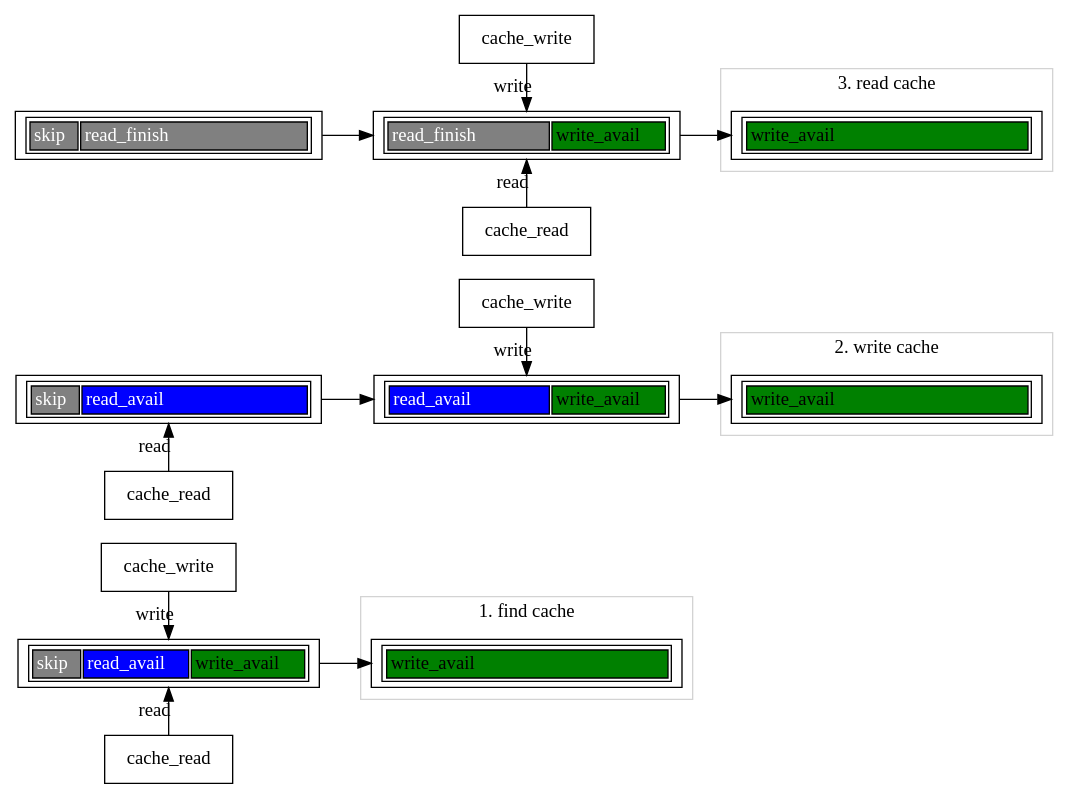
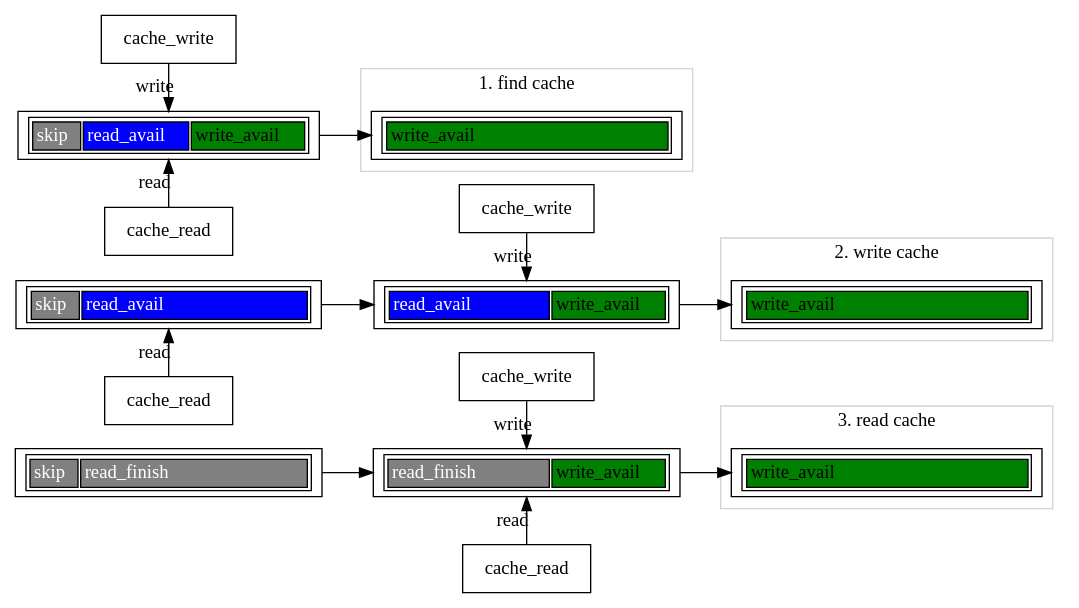
The diagram in iobufferblock.dot (adamxiao/adamxiao.github.io), drawn with Graphviz before and after one commit.

Commit message:
fix iobufferblock dot sequence

```diff
--- a/iobufferblock.dot
+++ b/iobufferblock.dot
@@ -1,125 +1,129 @@
 digraph iobufferblock {
 /* 把节点的默认形状设为矩形record，默认的是圆角矩形Mrecord */
 // FIXME: record rank=same failed
 //node [shape = record];
 node [shape = box];
 rankdir="LR"
+
+    struct6;
+    struct3;
+    struct1;
 
 
     subgraph ref_buf1 {
         rank="same";
         cache_write1 -> struct1 [label="write"];
         struct1 -> cache_read1 [label="read"; dir=back;];
     }
 
     subgraph cluster_1 {
         rankdir="TD"
         color=lightgrey;
         node [shape = record];
         struct1 -> struct2;
         // FIXME: test failed
         //cache_read1 -> struct1 -> cache_write1;
         //{rank=same; cache_read1; cache_write1; struct1; }
         label = "1. find cache";
     }
 
     subgraph read_buf2 {
         rank="same";
         struct3 -> cache_read2 [label="read"; dir=back;];
     }
 
     subgraph write_buf2 {
         rank="same";
         cache_write2 -> struct4 [label="write"];
     }
 
     subgraph cluster_2 {
         rankdir="TD"
         color=lightgrey;
         node [shape = record];
         struct3 -> struct4 -> struct5;
         label = "2. write cache";
     }
 
     subgraph {
         rank="same";
         cache_write3 -> struct7 [label="write"];
         struct7 -> cache_read3 [label="read"; dir=back;];
         cache_write2;
     }
 
     {rank=same; struct6;}
 
 
     subgraph cluster_3 {
         rankdir="TD"
         color=lightgrey;
         node [shape = record];
         struct6 -> struct7 -> struct8;
         label = "3. read cache";
     }
 
 
 struct1 [label=<<TABLE>
     <TR>
         <TD PORT="f1" BGCOLOR="gray"><FONT COLOR="white">skip</FONT></TD>
         <TD PORT="f2" BGCOLOR="blue"><FONT COLOR="white">read_avail</FONT></TD>
         <TD PORT="f3" BGCOLOR="green"><FONT COLOR="black">write_avail</FONT></TD>
     </TR>
     </TABLE>>];
 
 struct2 [label=<<TABLE>
     <TR>
         <TD PORT="f3" BGCOLOR="green"><FONT COLOR="black">write_avail                            </FONT></TD>
     </TR>
     </TABLE>>];
 
 struct3 [label=<<TABLE>
     <TR>
         <TD PORT="f1" BGCOLOR="gray"><FONT COLOR="white">skip</FONT></TD>
         <TD PORT="f2" BGCOLOR="blue"><FONT COLOR="white">read_avail                    </FONT></TD>
     </TR>
     </TABLE>>];
 
 struct4 [label=<<TABLE>
     <TR>
         <TD PORT="f2" BGCOLOR="blue"><FONT COLOR="white">read_avail         </FONT></TD>
         <TD PORT="f3" BGCOLOR="green"><FONT COLOR="black">write_avail</FONT></TD>
     </TR>
     </TABLE>>];
 
 struct5 [label=<<TABLE>
     <TR>
         <TD PORT="f3" BGCOLOR="green"><FONT COLOR="black">write_avail                            </FONT></TD>
     </TR>
     </TABLE>>];
 
 struct6 [label=<<TABLE>
     <TR>
         <TD PORT="f1" BGCOLOR="gray"><FONT COLOR="white">skip</FONT></TD>
         <TD PORT="f2" BGCOLOR="gray"><FONT COLOR="white">read_finish                   </FONT></TD>
     </TR>
     </TABLE>>];
 
 struct7 [label=<<TABLE>
     <TR>
         <TD PORT="f2" BGCOLOR="gray"><FONT COLOR="white">read_finish        </FONT></TD>
         <TD PORT="f3" BGCOLOR="green"><FONT COLOR="black">write_avail</FONT></TD>
     </TR>
     </TABLE>>];
 
 struct8 [label=<<TABLE>
     <TR>
         <TD PORT="f3" BGCOLOR="green"><FONT COLOR="black">write_avail                            </FONT></TD>
     </TR>
     </TABLE>>];
 
 // shape=record; failed
 cache_read1 [shape=box; label="cache_read"];
 cache_write1 [shape=box; label="cache_write"];
 cache_read2 [shape=box; label="cache_read"];
 cache_write2 [shape=box; label="cache_write"];
 cache_read3 [shape=box; label="cache_read"];
 cache_write3 [shape=box; label="cache_write"];
 
 }
```
